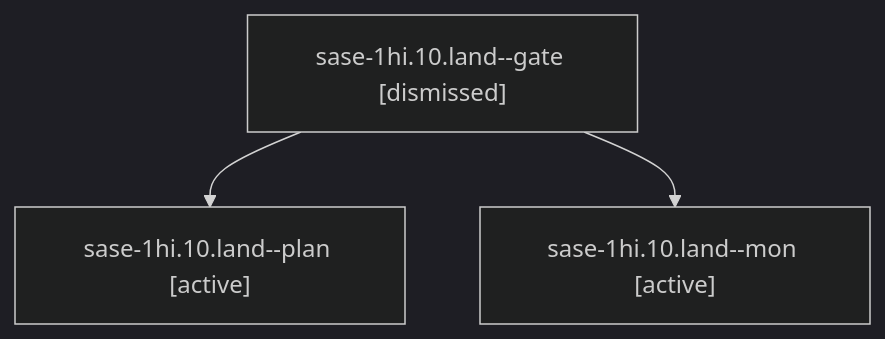
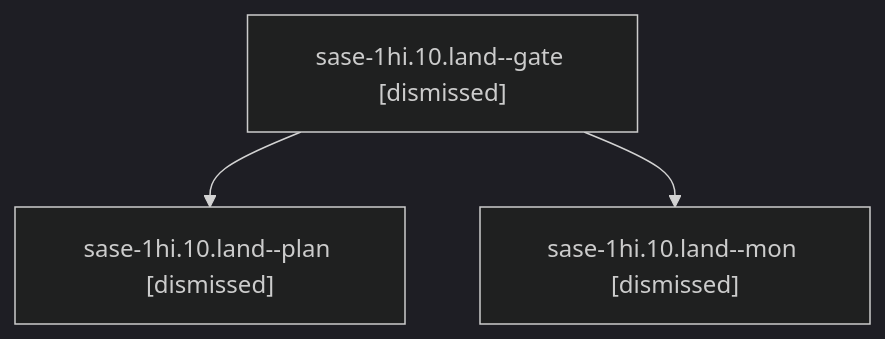
One commit to sase-org/sase--agents changed the diagram in sessions/bbugyi200.apollo.sase-1hi.10.land.md. Above: the diagram before and after it, drawn with Mermaid (dark theme). The commit also changed other lines of this file and 231 other files, not shown here.

````diff
--- a/sessions/bbugyi200.apollo.sase-1hi.10.land.md
+++ b/sessions/bbugyi200.apollo.sase-1hi.10.land.md
@@ -9,8 +9,8 @@
 ```mermaid
 flowchart TD
   n0["sase-1hi.10.land--gate [dismissed]"]
-  n1["sase-1hi.10.land--plan [active]"]
+  n1["sase-1hi.10.land--plan [dismissed]"]
   n0 --> n1
-  n2["sase-1hi.10.land--mon [active]"]
+  n2["sase-1hi.10.land--mon [dismissed]"]
   n0 --> n2
 ```
````
